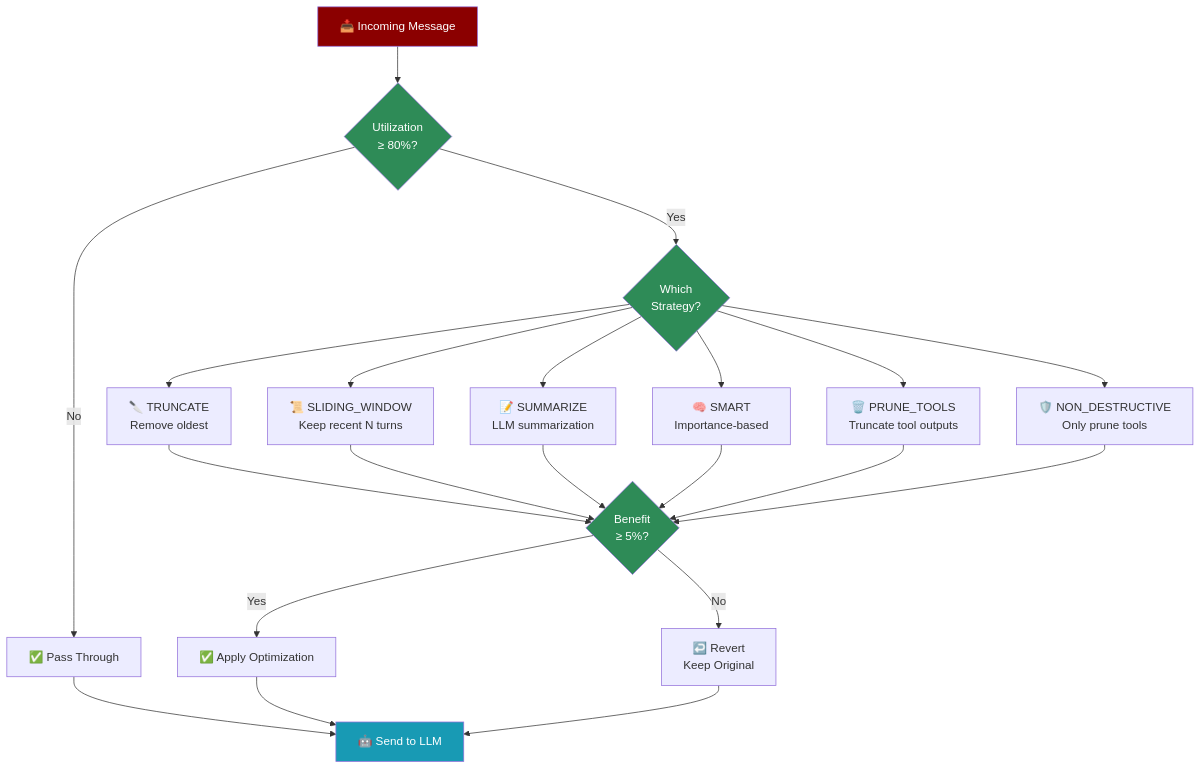
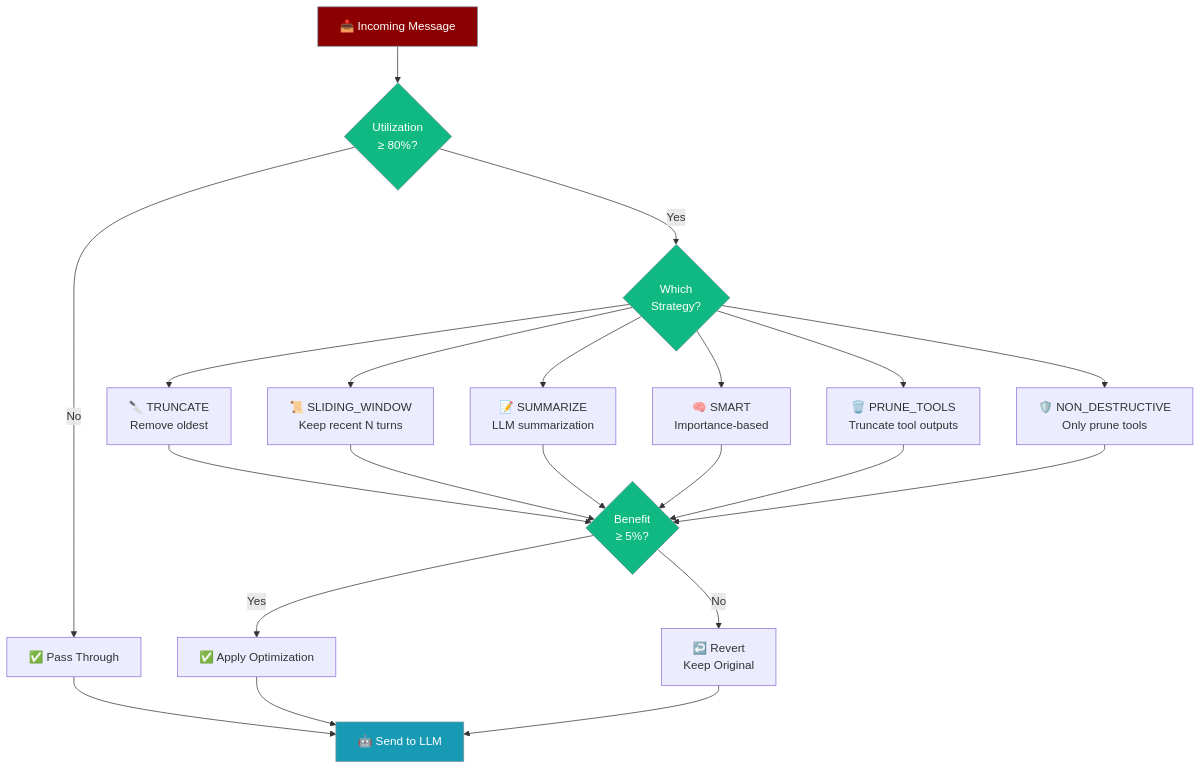
The second of 5 diagrams in docs/features/context-management.mdx (MervinPraison/PraisonAIDocs), drawn with Mermaid before and after one commit. The commit also changed other lines of this file and 10 other files, not shown here.

First line of the commit message:
fix: align Mermaid classDef stroke and palette in batch-1 features

````diff
--- a/docs/features/context-management.mdx
+++ b/docs/features/context-management.mdx
@@ -192,34 +180,35 @@
 ```mermaid
 flowchart TB
     START[📥 Incoming Message] --> CHECK{Utilization<br/>≥ 80%?}
     
     CHECK -->|No| PASS[✅ Pass Through]
     CHECK -->|Yes| STRATEGY{Which<br/>Strategy?}
     
     STRATEGY --> TRUNCATE[🔪 TRUNCATE<br/>Remove oldest]
     STRATEGY --> SLIDING[📜 SLIDING_WINDOW<br/>Keep recent N turns]
     STRATEGY --> SUMMARIZE[📝 SUMMARIZE<br/>LLM summarization]
     STRATEGY --> SMART[🧠 SMART<br/>Importance-based]
     STRATEGY --> PRUNE[🗑️ PRUNE_TOOLS<br/>Truncate tool outputs]
     STRATEGY --> NONDEST[🛡️ NON_DESTRUCTIVE<br/>Only prune tools]
     
     TRUNCATE --> BENEFIT{Benefit<br/>≥ 5%?}
     SLIDING --> BENEFIT
     SUMMARIZE --> BENEFIT
     SMART --> BENEFIT
     PRUNE --> BENEFIT
     NONDEST --> BENEFIT
     
     BENEFIT -->|Yes| APPLY[✅ Apply Optimization]
     BENEFIT -->|No| REVERT[↩️ Revert<br/>Keep Original]
     
     PASS --> LLM[🤖 Send to LLM]
     APPLY --> LLM
     REVERT --> LLM
 
-    style START fill:#8B0000,color:#fff
-    style CHECK fill:#2E8B57,color:#fff
-    style STRATEGY fill:#2E8B57,color:#fff
-    style BENEFIT fill:#2E8B57,color:#fff
-    style LLM fill:#189AB4,color:#fff
+    classDef start fill:#8B0000,stroke:#7C90A0,color:#fff
+    classDef process fill:#10B981,stroke:#7C90A0,color:#fff
+    classDef output fill:#189AB4,stroke:#7C90A0,color:#fff
+    class START start
+    class CHECK,STRATEGY,BENEFIT process
+    class LLM output
 ```
````
